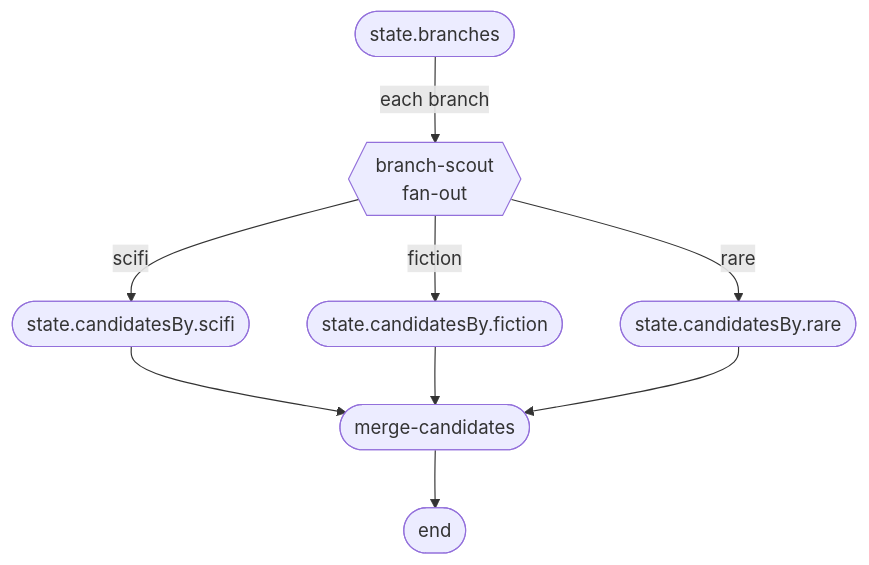
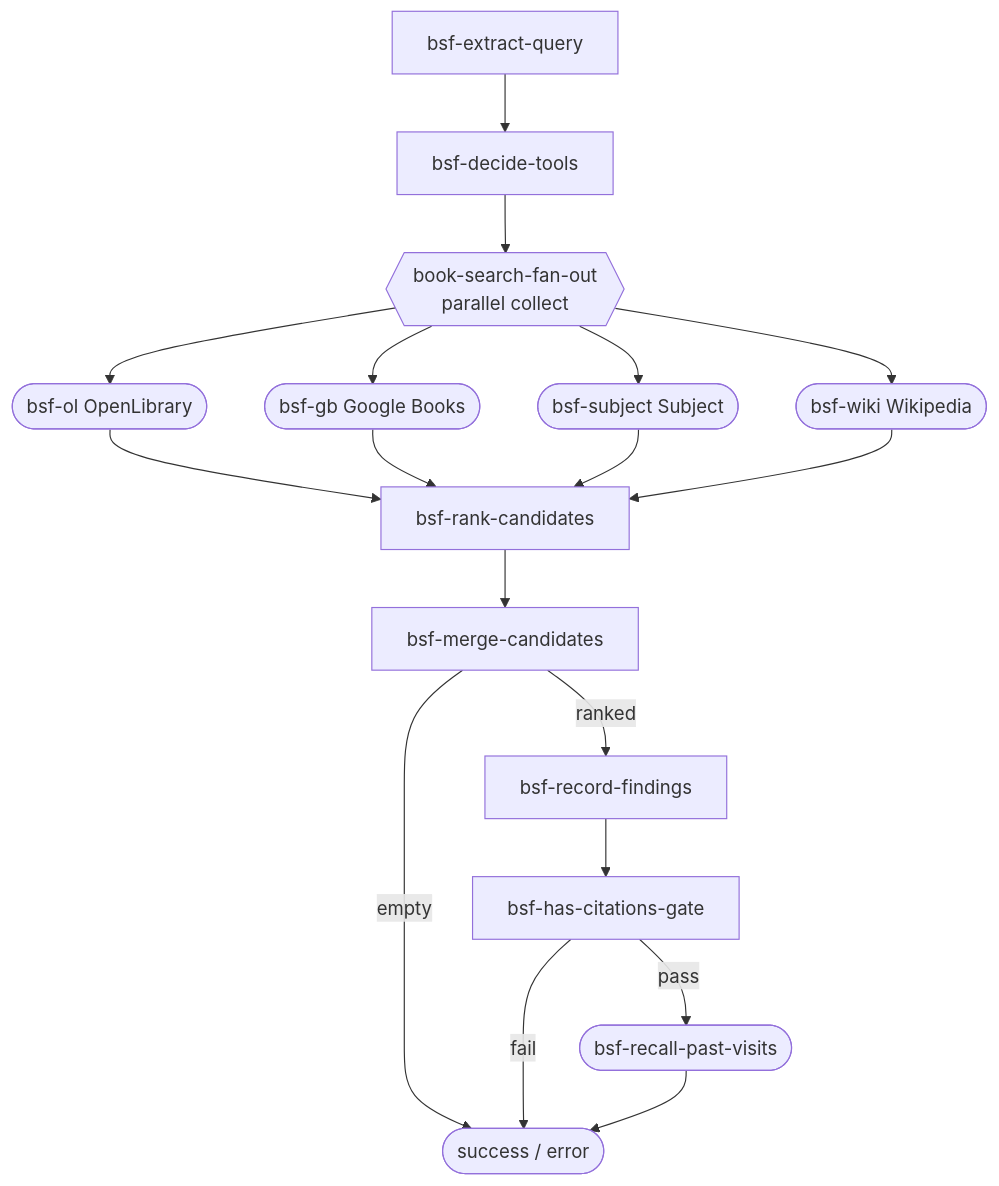
One commit to Studnicky/Dagonizer changed the diagram in docs/examples/02-fanout.md. Above: the diagram before and after it, drawn with Mermaid. The commit also changed other lines of this file and 26 other files, not shown here.

````diff
--- a/docs/examples/02-fanout.md
+++ b/docs/examples/02-fanout.md
@@ -12,18 +12,27 @@
 ```mermaid
 flowchart TB
-  start([state.branches])
-  fan{{branch-scout\nfan-out}}
-  scifi([state.candidatesBy.scifi])
-  fiction([state.candidatesBy.fiction])
-  rare([state.candidatesBy.rare])
-  merge([merge-candidates])
-  END([end])
-  start -->|each branch| fan
-  fan -->|scifi| scifi
-  fan -->|fiction| fiction
-  fan -->|rare| rare
-  scifi --> merge
-  fiction --> merge
-  rare --> merge
-  merge --> END
+  extract[bsf-extract-query]
+  decide[bsf-decide-tools]
+  fan{{book-search-fan-out\nparallel collect}}
+  ol([bsf-ol OpenLibrary])
+  gb([bsf-gb Google Books])
+  sub([bsf-subject Subject])
+  wiki([bsf-wiki Wikipedia])
+  rank[bsf-rank-candidates]
+  merge[bsf-merge-candidates]
+  record[bsf-record-findings]
+  gate[bsf-has-citations-gate]
+  recall([bsf-recall-past-visits])
+  END([success / error])
+  extract --> decide
+  decide --> fan
+  fan --> ol & gb & sub & wiki
+  ol & gb & sub & wiki --> rank
+  rank --> merge
+  merge -->|ranked| record
+  merge -->|empty| END
+  record --> gate
+  gate -->|pass| recall
+  gate -->|fail| END
+  recall --> END
 ```
````
